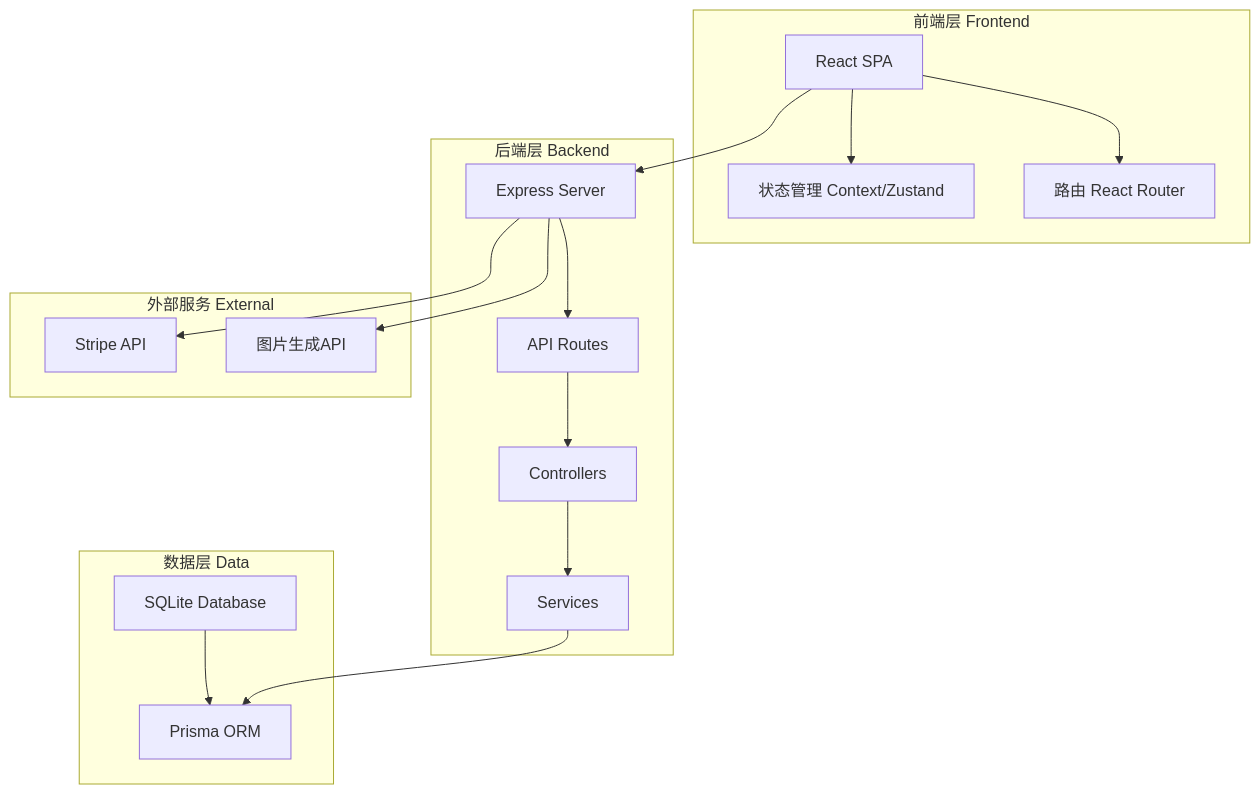
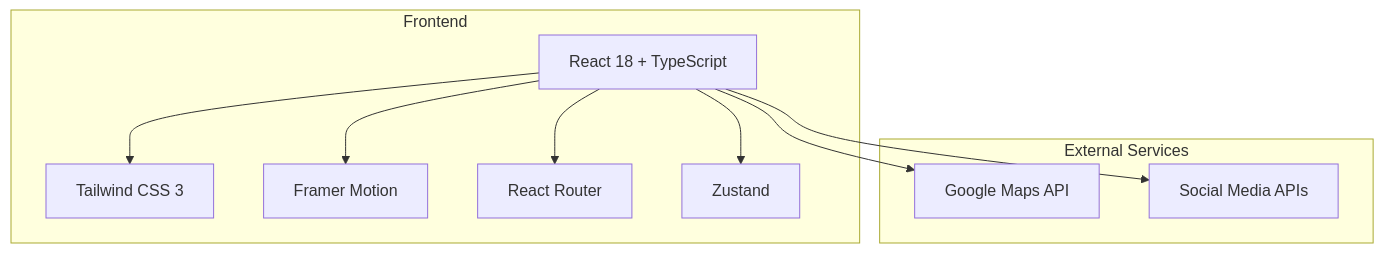
The diagram in .trae/documents/tech-architecture.md (ki11a-Conton/words-match), drawn with Mermaid before and after one commit. The commit also changed other lines of this file and 8 other files, not shown here.

````diff
--- a/.trae/documents/tech-architecture.md
+++ b/.trae/documents/tech-architecture.md
@@ -5,27 +5,22 @@
 ```mermaid
-flowchart TB
-    subgraph "前端层 Frontend"
-        A[React SPA] --> B[状态管理 Context/Zustand]
-        A --> C[路由 React Router]
+flowchart TD
+    subgraph Frontend
+        React[React 18 + TypeScript]
+        Tailwind[Tailwind CSS 3]
+        Framer[Framer Motion]
+        ReactRouter[React Router]
+        Zustand[Zustand]
     end
     
-    subgraph "后端层 Backend"
-        D[Express Server] --> E[API Routes]
-        E --> F[Controllers]
-        F --> G[Services]
+    subgraph External Services
+        GoogleMaps[Google Maps API]
+        SocialMedia[Social Media APIs]
     end
     
-    subgraph "数据层 Data"
-        H[SQLite Database] --> I[Prisma ORM]
-    end
-    
-    subgraph "外部服务 External"
-        J[Stripe API]
-        K[图片生成API]
-    end
-    
-    A --> D
-    G --> I
-    D --> J
-    D --> K
+    React --> Tailwind
+    React --> Framer
+    React --> ReactRouter
+    React --> Zustand
+    React --> GoogleMaps
+    React --> SocialMedia
 ```
````
